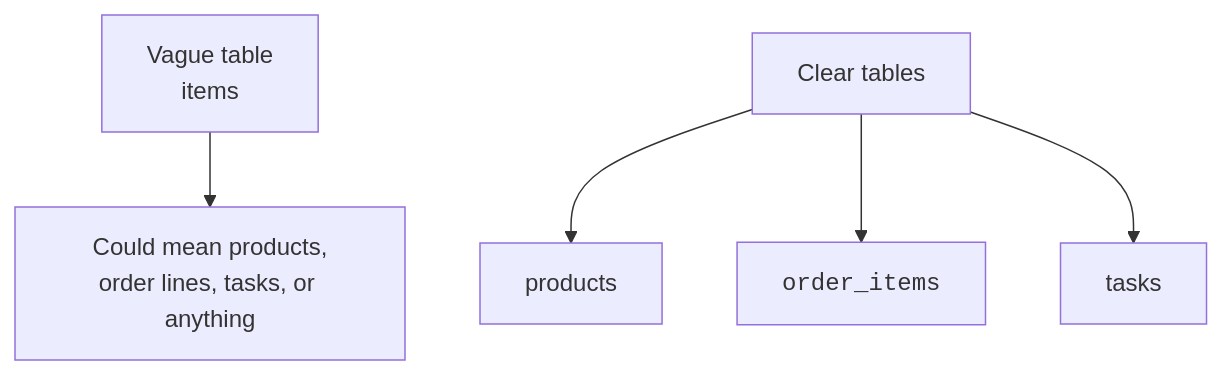
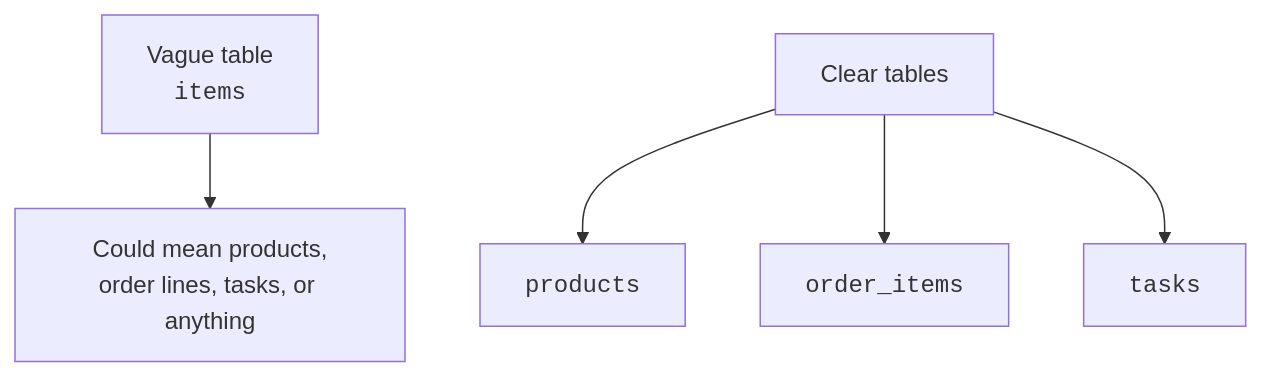
The fourth of 4 diagrams in content/learn/database-design-postgresql/thinking-in-entities.mdx (dataslope/dataslope), drawn with Mermaid before and after one commit. The commit also changed other lines of this file and 46 other files, not shown here.

First line of the commit message:
Wrap code in mermaid edge labels + entity/table names in DB diagrams

````diff
--- a/content/learn/database-design-postgresql/thinking-in-entities.mdx
+++ b/content/learn/database-design-postgresql/thinking-in-entities.mdx
@@ -171,7 +171,7 @@
 ```mermaid
 flowchart TB
-    Bad["Vague table<br/>items"] --> Problem["Could mean products,<br/>order lines, tasks, or anything"]
-    Good["Clear tables"] --> A["products"]
+    Bad["Vague table<br/><code>items</code>"] --> Problem["Could mean products,<br/>order lines, tasks, or anything"]
+    Good["Clear tables"] --> A["<code>products</code>"]
     Good --> B["<code>order_items</code>"]
-    Good --> C["tasks"]
+    Good --> C["<code>tasks</code>"]
 ```
````
